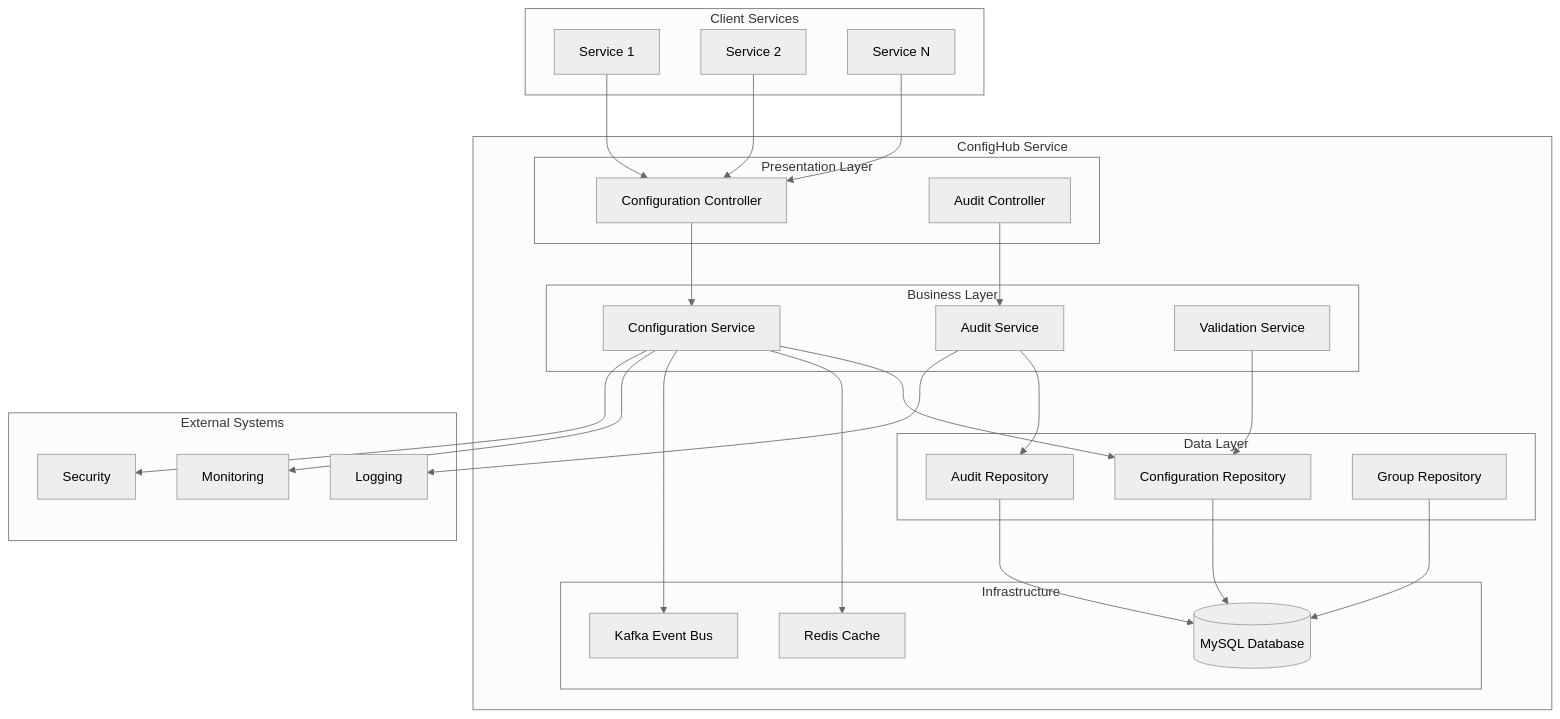
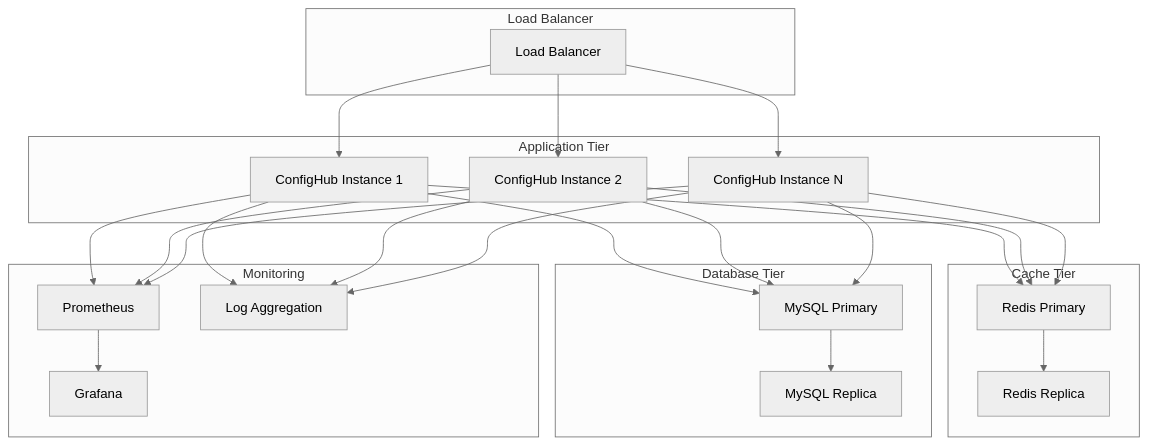
One commit to aahmadseph/SST-Phase-2 changed the seventh of 11 diagrams in generated-docs/confighub-architecture.md. Above: the diagram before and after it, drawn with Mermaid (neutral theme). The commit also changed other lines of this file and 13 other files, not shown here.

````diff
--- a/generated-docs/confighub-architecture.md
+++ b/generated-docs/confighub-architecture.md
@@ -320,61 +349,54 @@
 ```mermaid
 graph TB
-    subgraph "Client Services"
-        CS1[Service 1]
-        CS2[Service 2]
-        CS3[Service N]
+    subgraph "Load Balancer"
+        LB[Load Balancer]
     end
     
-    subgraph "ConfigHub Service"
-        subgraph "Presentation Layer"
-            C1[Configuration Controller]
-            C2[Audit Controller]
-        end
-        
-        subgraph "Business Layer"
-            S1[Configuration Service]
-            S2[Audit Service]
-            S3[Validation Service]
-        end
-        
-        subgraph "Data Layer"
-            R1[Configuration Repository]
-            R2[Audit Repository]
-            R3[Group Repository]
-        end
-        
-        subgraph "Infrastructure"
-            DB[(MySQL Database)]
-            CACHE[Redis Cache]
-            KAFKA[Kafka Event Bus]
-        end
+    subgraph "Application Tier"
+        APP1[ConfigHub Instance 1]
+        APP2[ConfigHub Instance 2]
+        APP3[ConfigHub Instance N]
     end
     
-    subgraph "External Systems"
-        MON[Monitoring]
-        LOG[Logging]
-        SEC[Security]
+    subgraph "Cache Tier"
+        REDIS1[Redis Primary]
+        REDIS2[Redis Replica]
     end
     
-    CS1 --> C1
-    CS2 --> C1
-    CS3 --> C1
+    subgraph "Database Tier"
+        DB1[MySQL Primary]
+        DB2[MySQL Replica]
+    end
     
-    C1 --> S1
-    C2 --> S2
+    subgraph "Monitoring"
+        PROM[Prometheus]
+        GRAF[Grafana]
+        LOGS[Log Aggregation]
+    end
     
-    S1 --> R1
-    S2 --> R2
-    S3 --> R1
+    LB --> APP1
+    LB --> APP2
+    LB --> APP3
     
-    R1 --> DB
-    R2 --> DB
-    R3 --> DB
+    APP1 --> REDIS1
+    APP2 --> REDIS1
+    APP3 --> REDIS1
     
-    S1 --> CACHE
-    S1 --> KAFKA
+    REDIS1 --> REDIS2
     
-    S1 --> MON
-    S2 --> LOG
-    S1 --> SEC
+    APP1 --> DB1
+    APP2 --> DB1
+    APP3 --> DB1
+    
+    DB1 --> DB2
+    
+    APP1 --> PROM
+    APP2 --> PROM
+    APP3 --> PROM
+    
+    PROM --> GRAF
+    
+    APP1 --> LOGS
+    APP2 --> LOGS
+    APP3 --> LOGS
 ```
````
